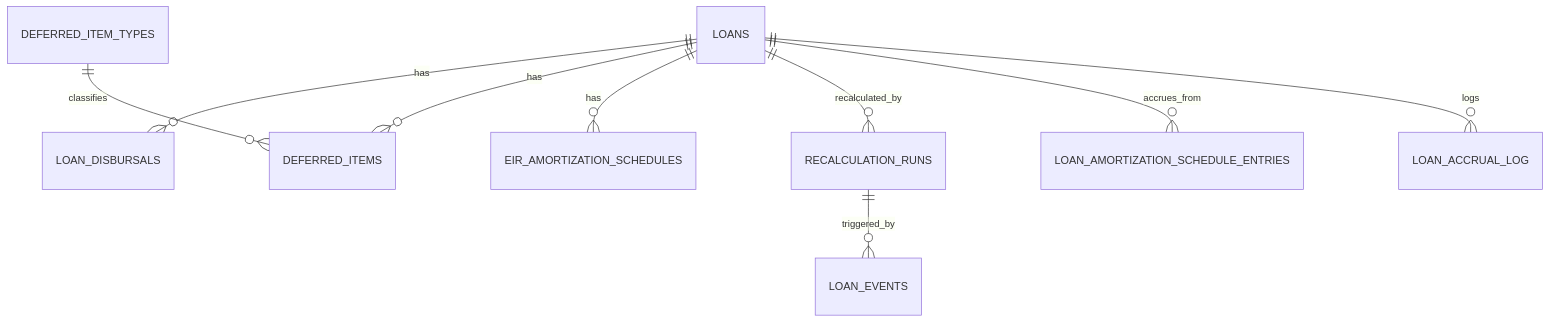
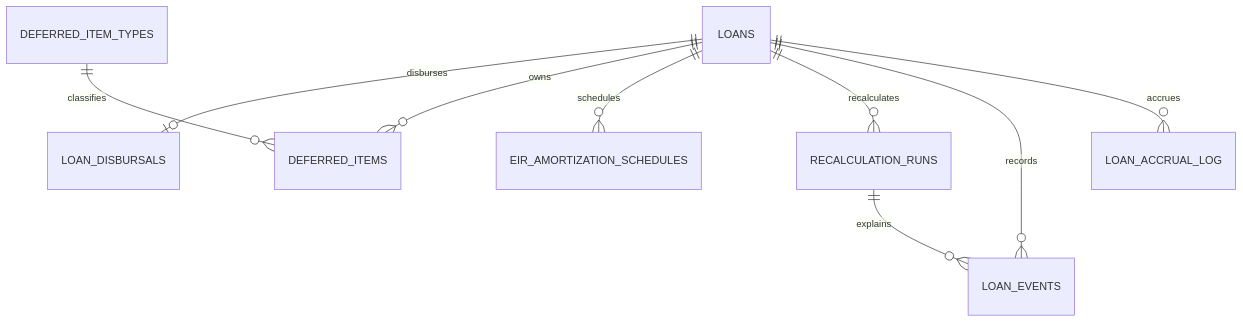
The diagram in loan/docs/schema.md (skyg547/account), drawn with Mermaid before and after one commit. The commit also changed other lines of this file and 139 other files, not shown here.

````diff
--- a/loan/docs/schema.md
+++ b/loan/docs/schema.md
@@ -7,11 +5,11 @@
 ```mermaid
 erDiagram
-    LOANS ||--o{ LOAN_DISBURSALS : has
-    LOANS ||--o{ DEFERRED_ITEMS : has
+    LOANS ||--o| LOAN_DISBURSALS : disburses
+    LOANS ||--o{ DEFERRED_ITEMS : owns
     DEFERRED_ITEM_TYPES ||--o{ DEFERRED_ITEMS : classifies
-    LOANS ||--o{ EIR_AMORTIZATION_SCHEDULES : has
-    LOANS ||--o{ RECALCULATION_RUNS : recalculated_by
-    RECALCULATION_RUNS ||--o{ LOAN_EVENTS : triggered_by
-    LOANS ||--o{ LOAN_AMORTIZATION_SCHEDULE_ENTRIES : accrues_from
-    LOANS ||--o{ LOAN_ACCRUAL_LOG : logs
+    LOANS ||--o{ EIR_AMORTIZATION_SCHEDULES : schedules
+    LOANS ||--o{ RECALCULATION_RUNS : recalculates
+    LOANS ||--o{ LOAN_EVENTS : records
+    RECALCULATION_RUNS ||--o{ LOAN_EVENTS : explains
+    LOANS ||--o{ LOAN_ACCRUAL_LOG : accrues
 ```
````
